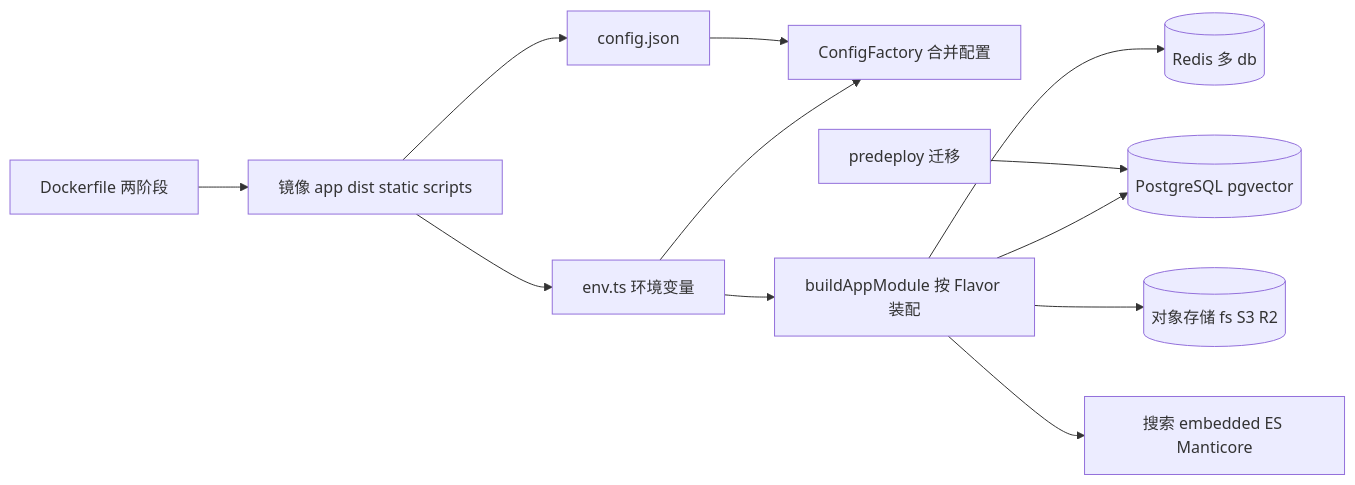
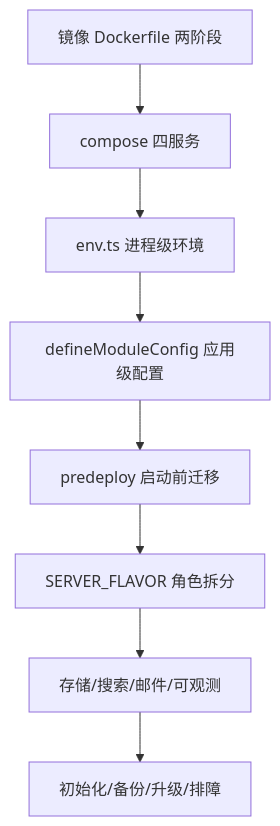
One commit to lfire/AFFiNE changed the first of 4 diagrams in learning-guide/slides/decks/27.md. Above: the diagram before and after it, drawn with Mermaid. The commit also changed other lines of this file and 46 other files, not shown here.

````diff
--- a/learning-guide/slides/decks/27.md
+++ b/learning-guide/slides/decks/27.md
@@ -43,14 +28,10 @@
 ```mermaid
-flowchart LR
-  DF[Dockerfile 两阶段] --> IMG["镜像 app dist static scripts"]
-  IMG --> ENV["env.ts 环境变量"]
-  IMG --> CJ["config.json"]
-  ENV --> CF[ConfigFactory 合并配置]
-  CJ --> CF
-  ENV --> BAM["buildAppModule 按 Flavor 装配"]
-  BAM --> PG[(PostgreSQL pgvector)]
-  BAM --> RD[(Redis 多 db)]
-  BAM --> OS[(对象存储 fs S3 R2)]
-  BAM --> SE[搜索 embedded ES Manticore]
-  MG[predeploy 迁移] --> PG
+flowchart TB
+  A["镜像 Dockerfile 两阶段"] --> B["compose 四服务"]
+  B --> C["env.ts 进程级环境"]
+  C --> D["defineModuleConfig 应用级配置"]
+  D --> E["predeploy 启动前迁移"]
+  E --> F["SERVER_FLAVOR 角色拆分"]
+  F --> G["存储/搜索/邮件/可观测"]
+  G --> H["初始化/备份/升级/排障"]
 ```
````
